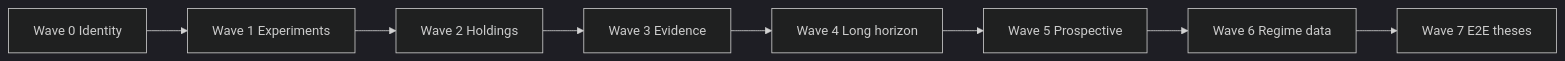
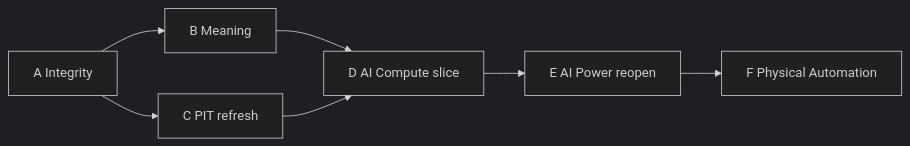
The diagram in docs/plans/v2_thesis_evolution.md (KTHYEONG/ETF-Manager), drawn with Mermaid (dark theme) before and after one commit. The commit also changed other lines of this file and 1 other file, not shown here.

````diff
--- a/docs/plans/v2_thesis_evolution.md
+++ b/docs/plans/v2_thesis_evolution.md
@@ -176,10 +134,9 @@
 ```mermaid
 flowchart LR
-  W0[Wave 0 Identity] --> W1[Wave 1 Experiments]
-  W1 --> W2[Wave 2 Holdings]
-  W2 --> W3[Wave 3 Evidence]
-  W3 --> W4[Wave 4 Long horizon]
-  W4 --> W5[Wave 5 Prospective]
-  W5 --> W6[Wave 6 Regime data]
-  W6 --> W7[Wave 7 E2E theses]
+  A[A Integrity] --> B[B Meaning]
+  A --> C[C PIT refresh]
+  B --> D[D AI Compute slice]
+  C --> D
+  D --> E[E AI Power reopen]
+  E --> F[F Physical Automation]
 ```
````
